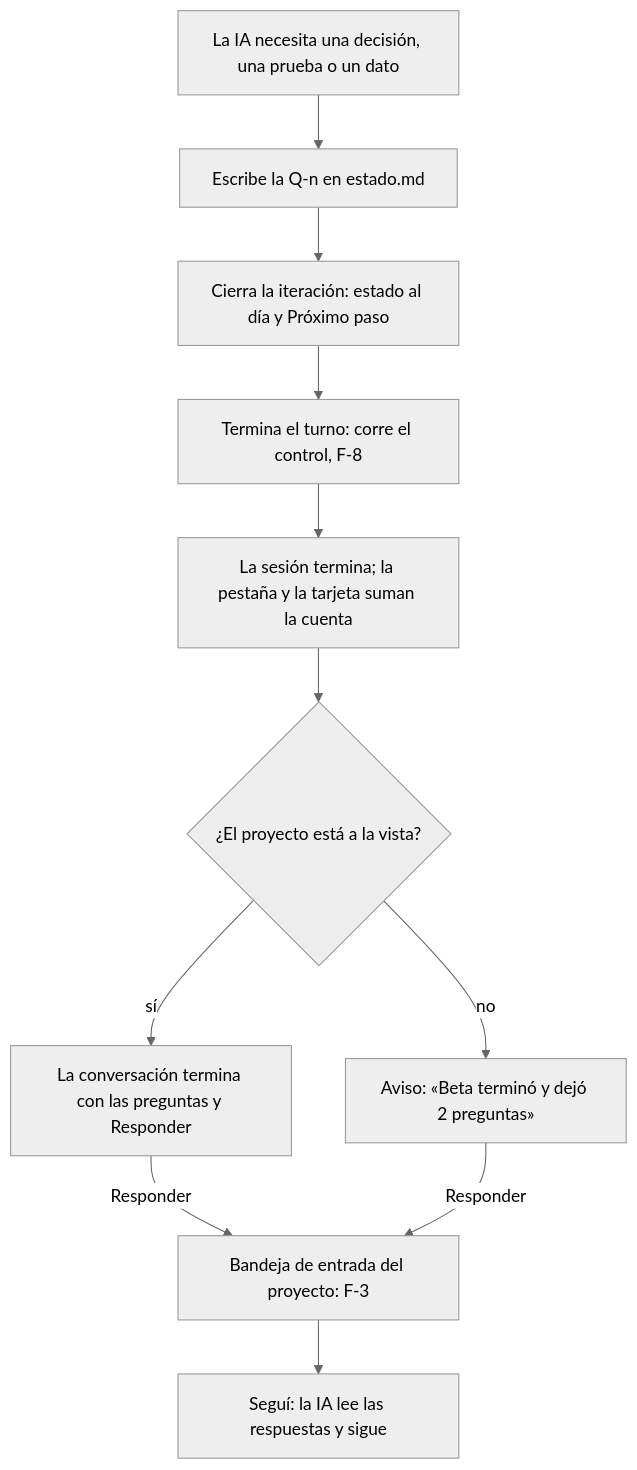
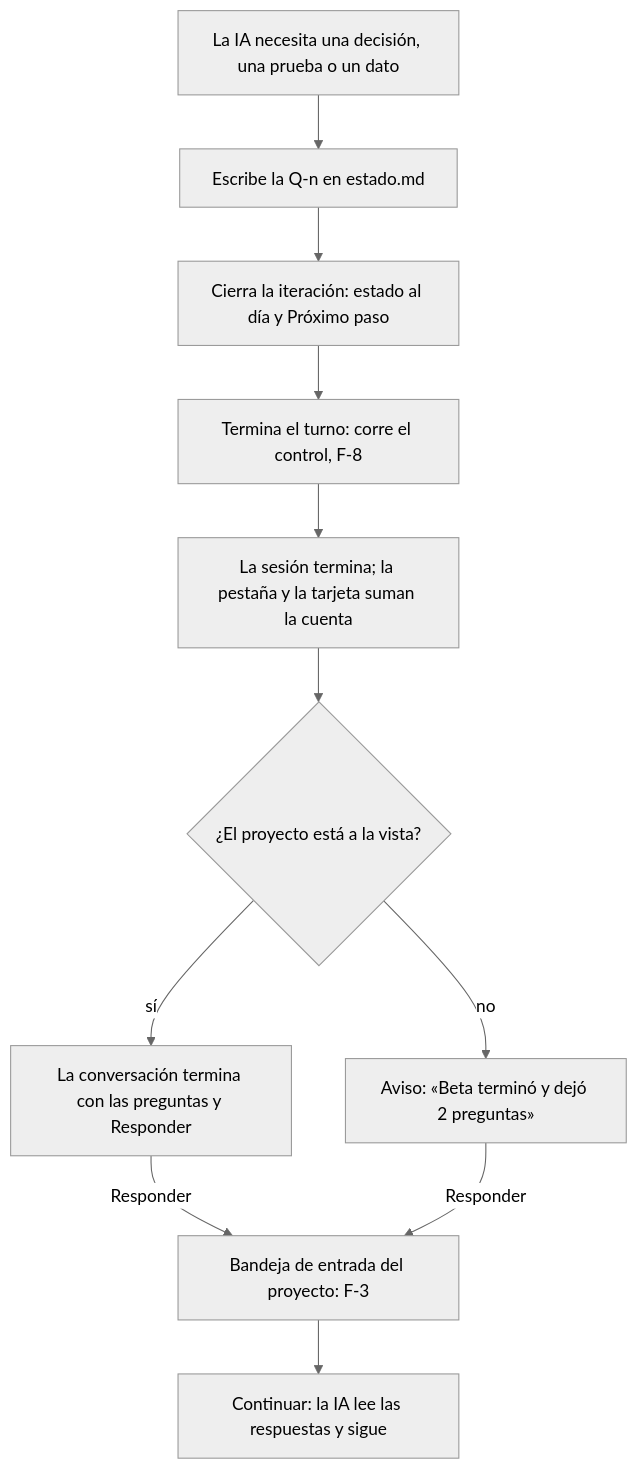
Before and after one commit to LlanosLautaro/Iridium: the second of 9 diagrams in docs/04-ux.md, drawn with Mermaid (neutral theme). The commit also changed other lines of this file and 15 other files, not shown here.

````diff
--- a/docs/04-ux.md
+++ b/docs/04-ux.md
@@ -194,13 +194,13 @@
 ```mermaid
 flowchart TD
   A[La IA necesita una decisión, una prueba o un dato] --> B[Escribe la Q-n en estado.md]
   B --> C[Cierra la iteración: estado al día y Próximo paso]
   C --> D[Termina el turno: corre el control, F-8]
   D --> E[La sesión termina; la pestaña y la tarjeta suman la cuenta]
   E --> F{¿El proyecto está a la vista?}
   F -->|sí| G[La conversación termina con las preguntas y Responder]
   F -->|no| H[Aviso: «Beta terminó y dejó 2 preguntas»]
   G -->|Responder| I[Bandeja de entrada del proyecto: F-3]
   H -->|Responder| I
-  I --> J[Seguí: la IA lee las respuestas y sigue]
+  I --> J[Continuar: la IA lee las respuestas y sigue]
 ```
````
